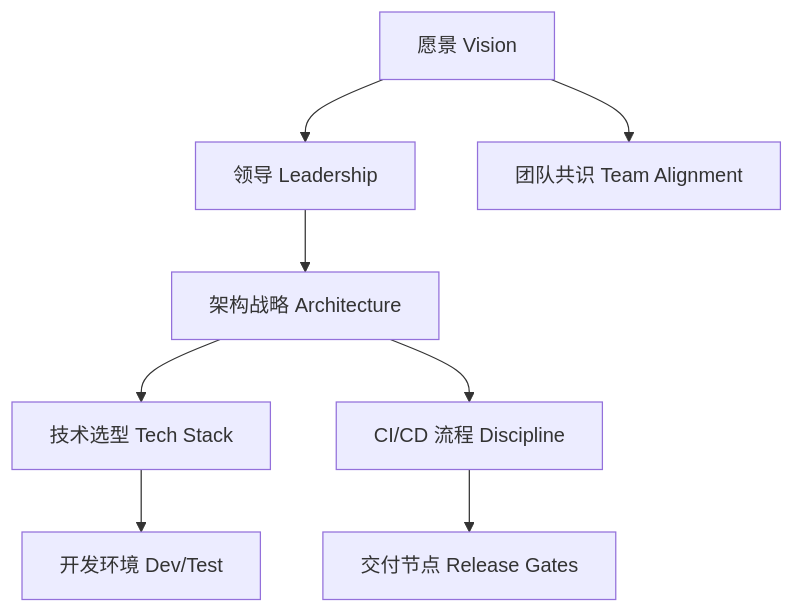
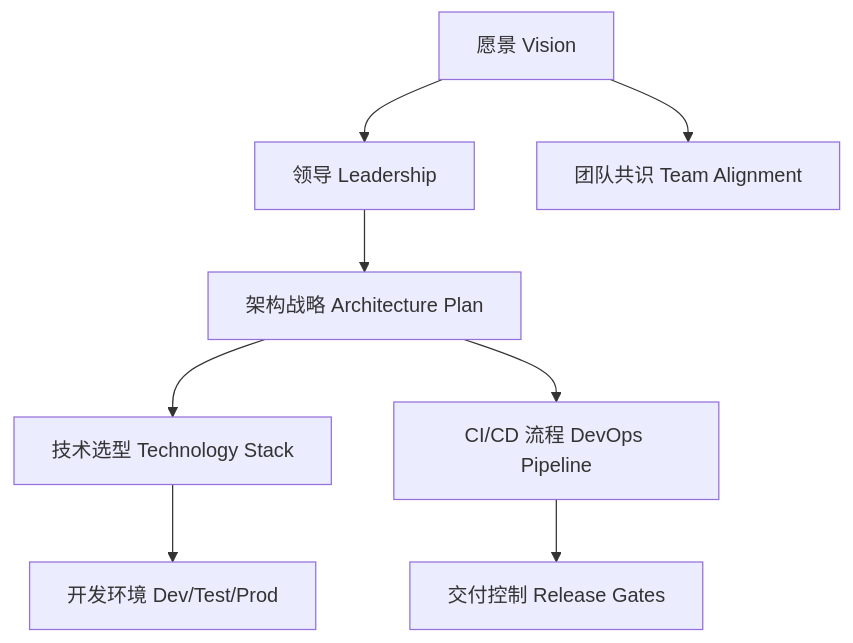
The diagram in 第一篇：计篇 Laying Plans.md (uwspstar/The-Programmer-s-Art-of-War), drawn with Mermaid before and after one commit. The commit also changed other lines of this file, not shown here.

````diff
--- a/第一篇：计篇 Laying Plans.md
+++ b/第一篇：计篇 Laying Plans.md
@@ -78,10 +89,10 @@
 ```mermaid
 flowchart TD
     A[愿景 Vision] --> B[领导 Leadership]
     A --> C[团队共识 Team Alignment]
-    B --> D[架构战略 Architecture]
-    D --> E[技术选型 Tech Stack]
-    D --> F[CI/CD 流程 Discipline]
-    E --> G[开发环境 Dev/Test]
-    F --> H[交付节点 Release Gates]
+    B --> D[架构战略 Architecture Plan]
+    D --> E[技术选型 Technology Stack]
+    D --> F[CI/CD 流程 DevOps Pipeline]
+    E --> G[开发环境 Dev/Test/Prod]
+    F --> H[交付控制 Release Gates]
 ```
````
